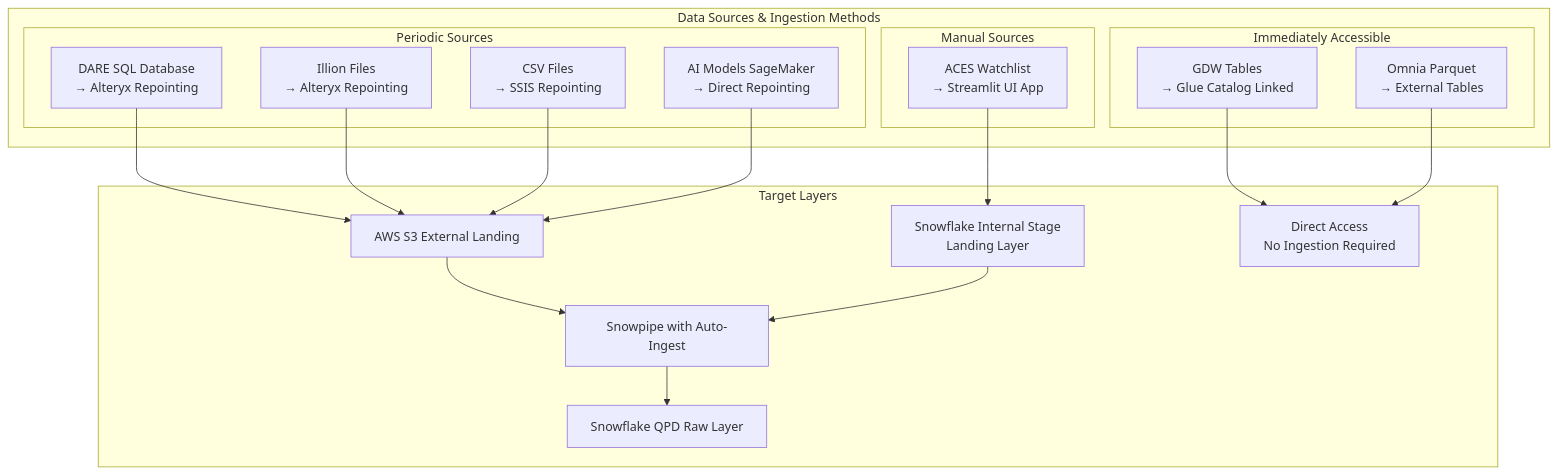
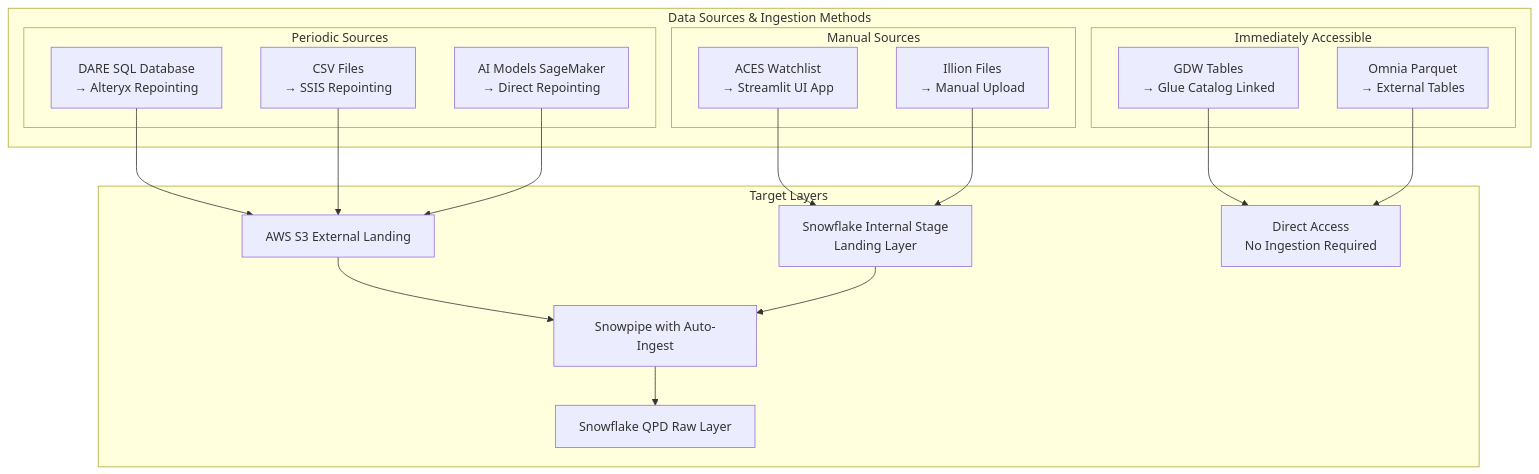
Before and after one commit to sfc-gh-mhindi/REPO_CBA: the fifth of 14 diagrams in 15-BB-QPD Future State/QPD - Future State.md, drawn with Mermaid. The commit also changed other lines of this file, not shown here.

````diff
--- a/15-BB-QPD Future State/QPD - Future State.md
+++ b/15-BB-QPD Future State/QPD - Future State.md
@@ -411,39 +415,39 @@
 ```mermaid
 graph TB
     subgraph "Data Sources & Ingestion Methods"
         subgraph "Periodic Sources"
             DARE[DARE SQL Database<br/>→ Alteryx Repointing]
-            Illion[Illion Files<br/>→ Alteryx Repointing]
             CSV[CSV Files<br/>→ SSIS Repointing]
             AI[AI Models SageMaker<br/>→ Direct Repointing]
         end
         
         subgraph "Manual Sources"
             ACES[ACES Watchlist<br/>→ Streamlit UI App]
+            Illion[Illion Files<br/>→ Manual Upload]
         end
         
         subgraph "Immediately Accessible"
             GDW[GDW Tables<br/>→ Glue Catalog Linked]
             Omnia[Omnia Parquet<br/>→ External Tables]
         end
     end
     
     subgraph "Target Layers"
         S3_Landing[AWS S3 External Landing]
         Internal_Landing[Snowflake Internal Stage<br/>Landing Layer]
         Snowpipe[Snowpipe with Auto-Ingest]
         Raw[Snowflake QPD Raw Layer]
         Direct[Direct Access<br/>No Ingestion Required]
     end
     
     DARE --> S3_Landing
-    Illion --> S3_Landing
     CSV --> S3_Landing
     AI --> S3_Landing
     ACES --> Internal_Landing
+    Illion --> Internal_Landing
     S3_Landing --> Snowpipe
     Internal_Landing --> Snowpipe
     Snowpipe --> Raw
     GDW --> Direct
     Omnia --> Direct
 ```
````
